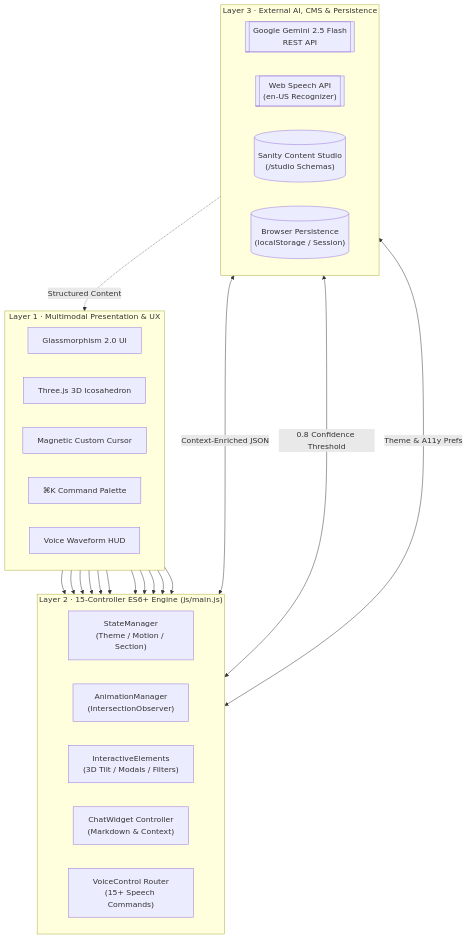
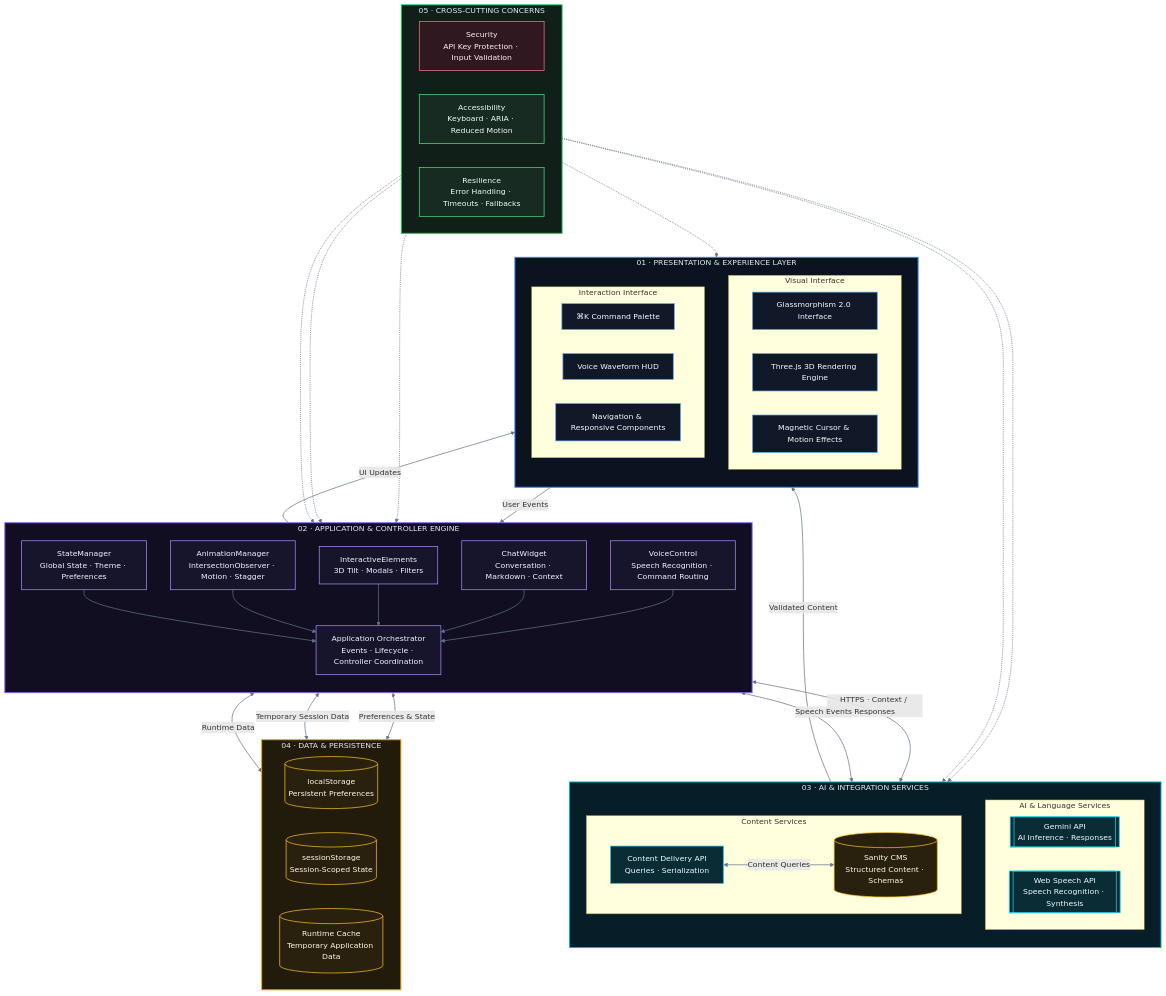
One commit to skens-git-code/1-My-Portfolio changed the first of 2 diagrams in README.md. Above: the diagram before and after it, drawn with Mermaid. The commit also changed other lines of this file, not shown here.

Commit message:
feat: optimize README and improve documentation

````diff
--- a/README.md
+++ b/README.md
@@ -84,36 +84,123 @@
 ```mermaid
 flowchart TB
-    subgraph L1["Layer 1 · Multimodal Presentation & UX"]
-        direction LR
-        UI["Glassmorphism 2.0 UI"]
-        WGL["Three.js 3D Icosahedron"]
-        CUR["Magnetic Custom Cursor"]
-        CMD["⌘K Command Palette"]
-        VUI["Voice Waveform HUD"]
+
+    %% =====================================================
+    %% PRODUCTION-GRADE INTERACTIVE AI SYSTEM ARCHITECTURE
+    %% =====================================================
+
+    classDef presentation fill:#111827,stroke:#60a5fa,stroke-width:1.5px,color:#f8fafc
+    classDef controller fill:#17152b,stroke:#a78bfa,stroke-width:1.5px,color:#f5f3ff
+    classDef service fill:#092c35,stroke:#22d3ee,stroke-width:1.5px,color:#ecfeff
+    classDef storage fill:#29200d,stroke:#fbbf24,stroke-width:1.5px,color:#fffbeb
+    classDef security fill:#301820,stroke:#fb7185,stroke-width:1.5px,color:#fff1f2
+    classDef infrastructure fill:#172b22,stroke:#4ade80,stroke-width:1.5px,color:#f0fdf4
+
+    %% 01 - PRESENTATION LAYER
+    subgraph L1["01 · PRESENTATION & EXPERIENCE LAYER"]
+        direction TB
+
+        subgraph UI1["Visual Interface"]
+            direction LR
+            UI["Glassmorphism 2.0 Interface"]
+            WGL["Three.js 3D Rendering Engine"]
+            CUR["Magnetic Cursor & Motion Effects"]
+        end
+
+        subgraph UI2["Interaction Interface"]
+            direction LR
+            CMD["⌘K Command Palette"]
+            VUI["Voice Waveform HUD"]
+            NAV["Navigation & Responsive Components"]
+        end
     end
 
-    subgraph L2["Layer 2 · 15-Controller ES6+ Engine (js/main.js)"]
-        direction LR
-        STM["StateManager<br/>(Theme / Motion / Section)"]
-        ANM["AnimationManager<br/>(IntersectionObserver)"]
-        INT["InteractiveElements<br/>(3D Tilt / Modals / Filters)"]
-        CHT["ChatWidget Controller<br/>(Markdown & Context)"]
-        VCT["VoiceControl Router<br/>(15+ Speech Commands)"]
+    %% 02 - APPLICATION ENGINE
+    subgraph L2["02 · APPLICATION & CONTROLLER ENGINE"]
+        direction TB
+
+        STM["StateManager<br/>Global State · Theme · Preferences"]
+        ANM["AnimationManager<br/>IntersectionObserver · Motion · Stagger"]
+        INT["InteractiveElements<br/>3D Tilt · Modals · Filters"]
+        CHT["ChatWidget<br/>Conversation · Markdown · Context"]
+        VCT["VoiceControl<br/>Speech Recognition · Command Routing"]
+
+        ORC["Application Orchestrator<br/>Events · Lifecycle · Controller Coordination"]
+
+        STM & ANM & INT & CHT & VCT --> ORC
     end
 
-    subgraph L3["Layer 3 · External AI, CMS & Persistence"]
-        direction LR
-        GEM[["Google Gemini 2.5 Flash<br/>REST API"]]
-        SPH[["Web Speech API<br/>(en-US Recognizer)"]]
-        SAN[("Sanity Content Studio<br/>(/studio Schemas)")]
-        LOC[("Browser Persistence<br/>(localStorage / Session)")]
+    %% 03 - AI & INTEGRATION SERVICES
+    subgraph L3["03 · AI & INTEGRATION SERVICES"]
+        direction TB
+
+        subgraph AI["AI & Language Services"]
+            direction LR
+            GEM[["Gemini API<br/>AI Inference · Responses"]]
+            SPH[["Web Speech API<br/>Speech Recognition · Synthesis"]]
+        end
+
+        subgraph CMS["Content Services"]
+            direction LR
+            SAN[("Sanity CMS<br/>Structured Content · Schemas")]
+            API["Content Delivery API<br/>Queries · Serialization"]
+        end
     end
 
-    UI & CUR & WGL --> STM & ANM & INT
-    CMD --> STM
-    VUI --> VCT
-    CHT <-->|"Context-Enriched JSON"| GEM
-    VCT <-->|"0.8 Confidence Threshold"| SPH
-    STM <-->|"Theme & A11y Prefs"| LOC
-    SAN -.->|"Structured Content"| UI
+    %% 04 - DATA & PERSISTENCE
+    subgraph L4["04 · DATA & PERSISTENCE"]
+        direction LR
+
+        LOC[("localStorage<br/>Persistent Preferences")]
+        SES[("sessionStorage<br/>Session-Scoped State")]
+        CACHE[("Runtime Cache<br/>Temporary Application Data")]
+    end
+
+    %% 05 - CROSS-CUTTING CONCERNS
+    subgraph L5["05 · CROSS-CUTTING CONCERNS"]
+        direction LR
+
+        SEC["Security<br/>API Key Protection · Input Validation"]
+        A11Y["Accessibility<br/>Keyboard · ARIA · Reduced Motion"]
+        ERR["Resilience<br/>Error Handling · Timeouts · Fallbacks"]
+    end
+
+    %% PRIMARY DATA FLOWS
+    L1 -->|"User Events"| L2
+    ORC -->|"UI Updates"| L1
+
+    CHT <-->|"HTTPS · Context / Responses"| GEM
+    VCT <-->|"Speech Events"| SPH
+
+    API <-->|"Content Queries"| SAN
+    API -->|"Validated Content"| L1
+
+    STM <-->|"Preferences & State"| LOC
+    STM <-->|"Temporary Session Data"| SES
+    ORC <-->|"Runtime Data"| CACHE
+
+    %% GOVERNANCE & SYSTEM-WIDE CONCERNS
+    SEC -.-> ORC
+    SEC -.-> GEM
+    A11Y -.-> L1
+    A11Y -.-> L2
+    ERR -.-> L2
+    ERR -.-> L3
+
+    %% COMPONENT CLASSIFICATION
+    class UI,WGL,CUR,CMD,VUI,NAV presentation
+    class STM,ANM,INT,CHT,VCT,ORC controller
+    class GEM,SPH,API service
+    class SAN,LOC,SES,CACHE storage
+    class SEC security
+    class A11Y,ERR infrastructure
+
+    %% LAYER STYLING
+    style L1 fill:#0b1220,stroke:#3b82f6,stroke-width:2px,color:#e2e8f0
+    style L2 fill:#100e20,stroke:#8b5cf6,stroke-width:2px,color:#e2e8f0
+    style L3 fill:#071e28,stroke:#06b6d4,stroke-width:2px,color:#e2e8f0
+    style L4 fill:#211b0c,stroke:#f59e0b,stroke-width:2px,color:#e2e8f0
+    style L5 fill:#102019,stroke:#22c55e,stroke-width:2px,color:#e2e8f0
+
+    %% CONNECTION STYLING
+    linkStyle default stroke:#64748b,stroke-width:1.5px
 ```
````
